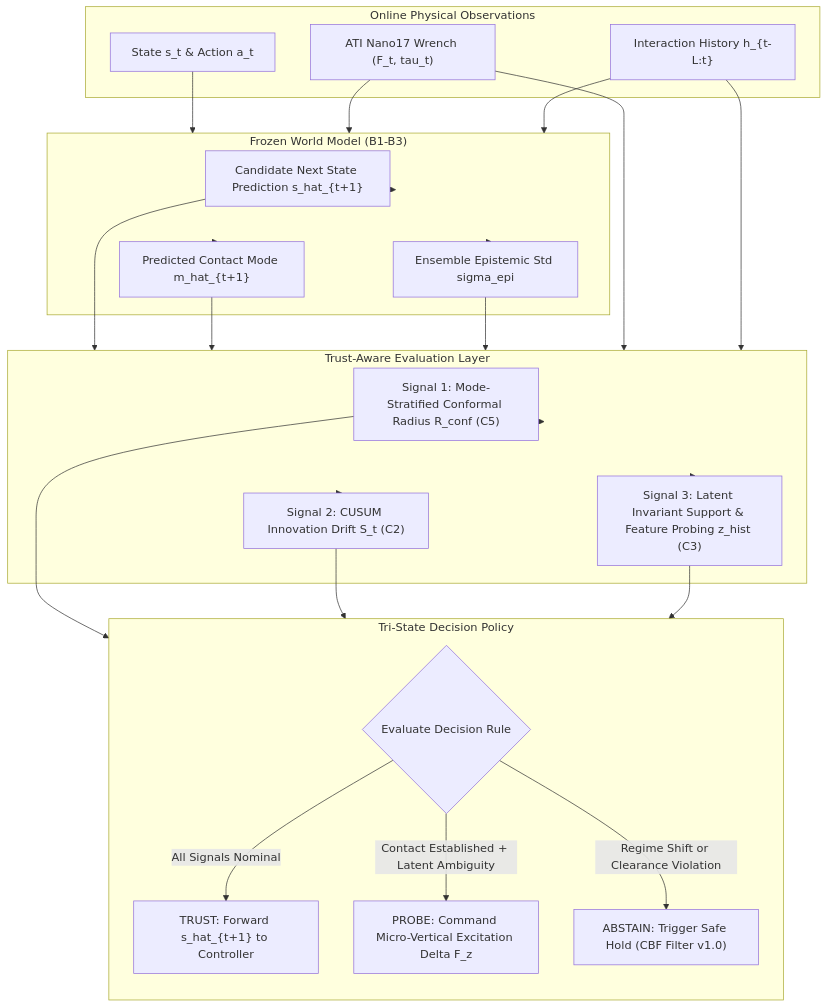
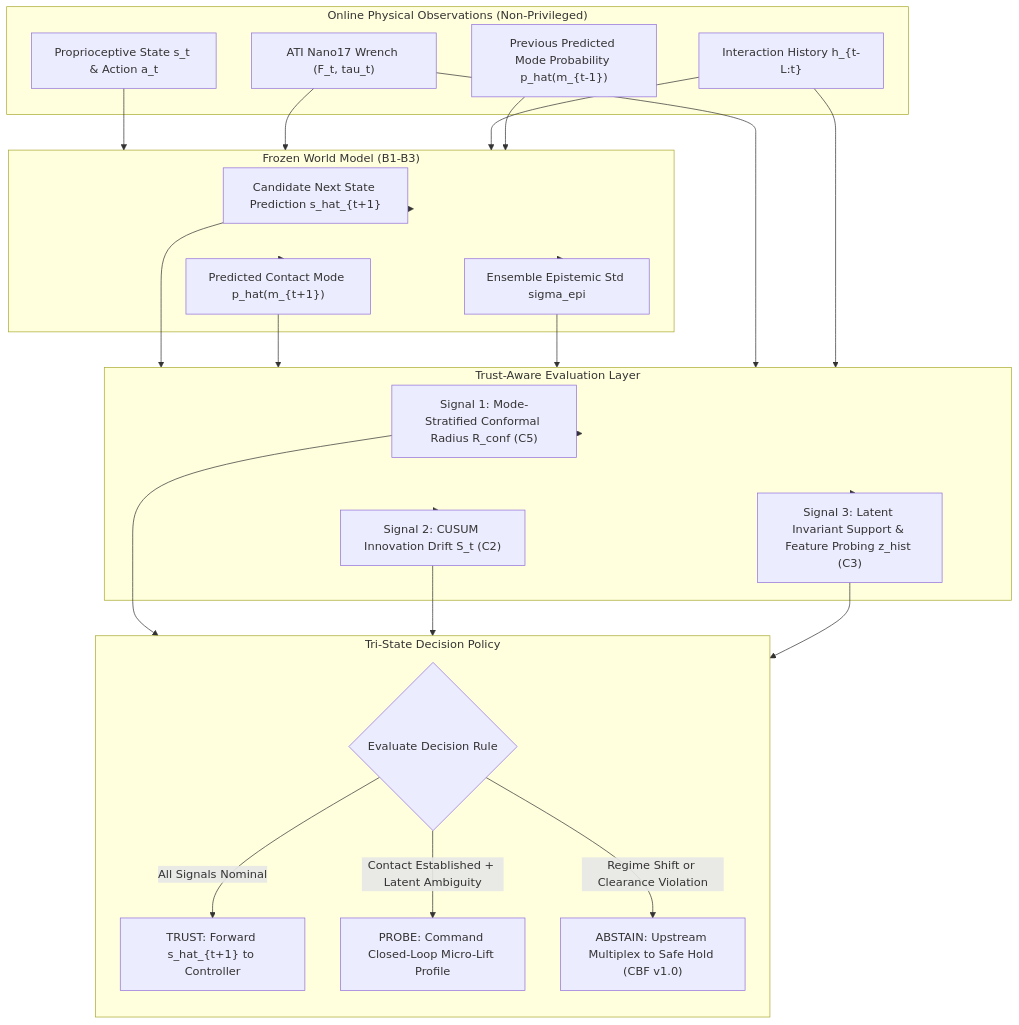
The diagram in Research-002/experiments/phase3_7_uncertainty_intelligence/phase37_3_experimental_specification.md (Sunilkumarchavhan9/horos-probe-1), drawn with Mermaid before and after one commit. The commit also changed other lines of this file and 6 other files, not shown here.

````diff
--- a/Research-002/experiments/phase3_7_uncertainty_intelligence/phase37_3_experimental_specification.md
+++ b/Research-002/experiments/phase3_7_uncertainty_intelligence/phase37_3_experimental_specification.md
@@ -31,38 +32,39 @@
 ```mermaid
 flowchart TD
-    subgraph S["Online Physical Observations"]
-        O1["State s_t & Action a_t"]
+    subgraph S["Online Physical Observations (Non-Privileged)"]
+        O1["Proprioceptive State s_t & Action a_t"]
         O2["ATI Nano17 Wrench (F_t, tau_t)"]
         O3["Interaction History h_{t-L:t}"]
+        O4["Previous Predicted Mode Probability p_hat(m_{t-1})"]
     end
 
     subgraph WM["Frozen World Model (B1-B3)"]
         W1["Candidate Next State Prediction s_hat_{t+1}"]
-        W2["Predicted Contact Mode m_hat_{t+1}"]
+        W2["Predicted Contact Mode p_hat(m_{t+1})"]
         W3["Ensemble Epistemic Std sigma_epi"]
     end
 
     subgraph TA["Trust-Aware Evaluation Layer"]
         T1["Signal 1: Mode-Stratified Conformal Radius R_conf (C5)"]
         T2["Signal 2: CUSUM Innovation Drift S_t (C2)"]
         T3["Signal 3: Latent Invariant Support & Feature Probing z_hist (C3)"]
     end
 
     subgraph D["Tri-State Decision Policy"]
         direction TB
         DEC{"Evaluate Decision Rule"}
         D_TRUST["TRUST: Forward s_hat_{t+1} to Controller"]
-        D_PROBE["PROBE: Command Micro-Vertical Excitation Delta F_z"]
-        D_ABSTAIN["ABSTAIN: Trigger Safe Hold (CBF Filter v1.0)"]
+        D_PROBE["PROBE: Command Closed-Loop Micro-Lift Profile"]
+        D_ABSTAIN["ABSTAIN: Upstream Multiplex to Safe Hold (CBF v1.0)"]
     end
 
-    O1 & O2 & O3 --> WM
+    O1 & O2 & O3 & O4 --> WM
     WM --> W1 & W2 & W3
     W1 & W2 & W3 --> TA
     O2 & O3 --> TA
     TA --> T1 & T2 & T3
     T1 & T2 & T3 --> DEC
     DEC -->|All Signals Nominal| D_TRUST
     DEC -->|Contact Established + Latent Ambiguity| D_PROBE
     DEC -->|Regime Shift or Clearance Violation| D_ABSTAIN
 ```
````
